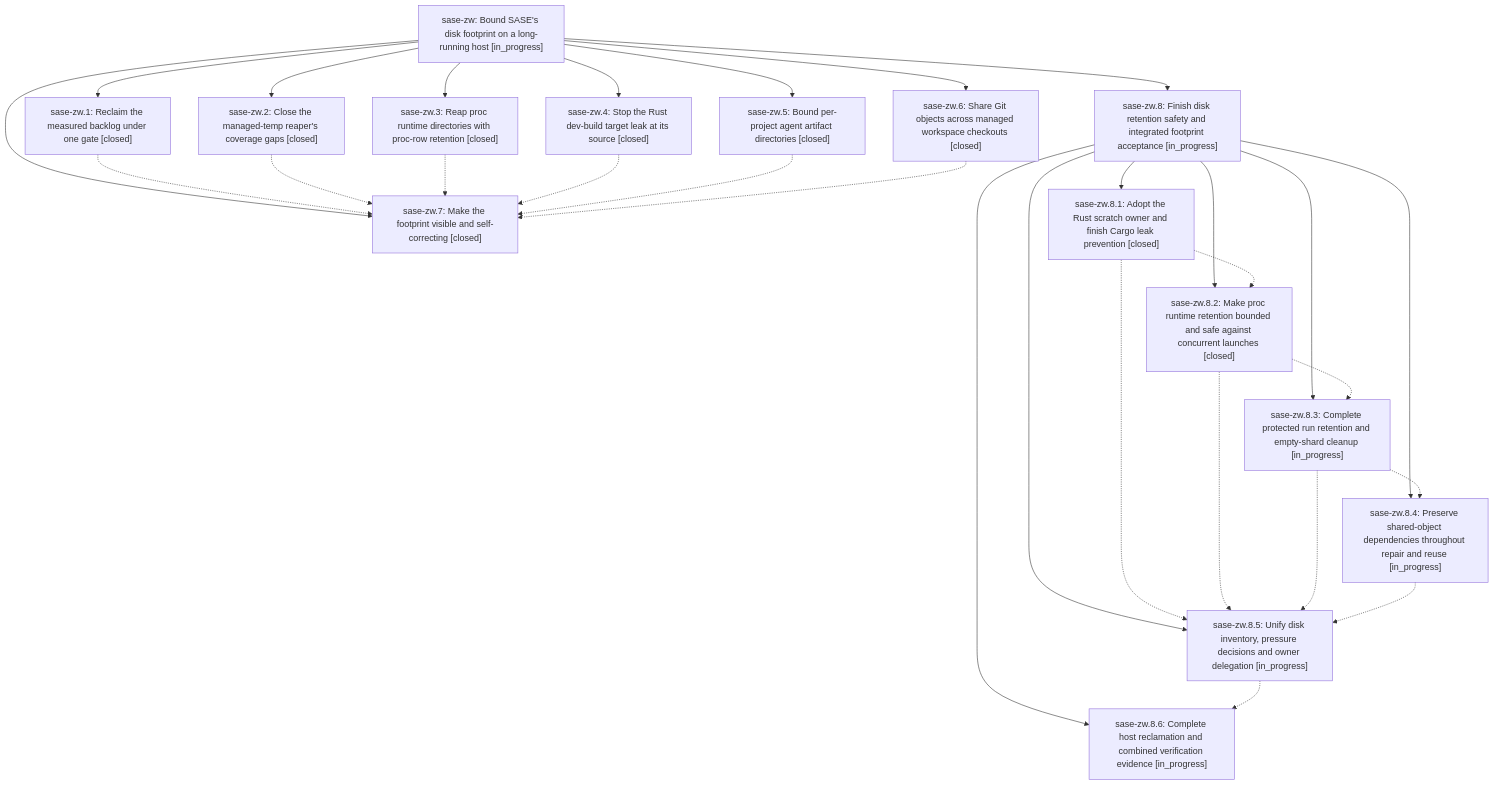
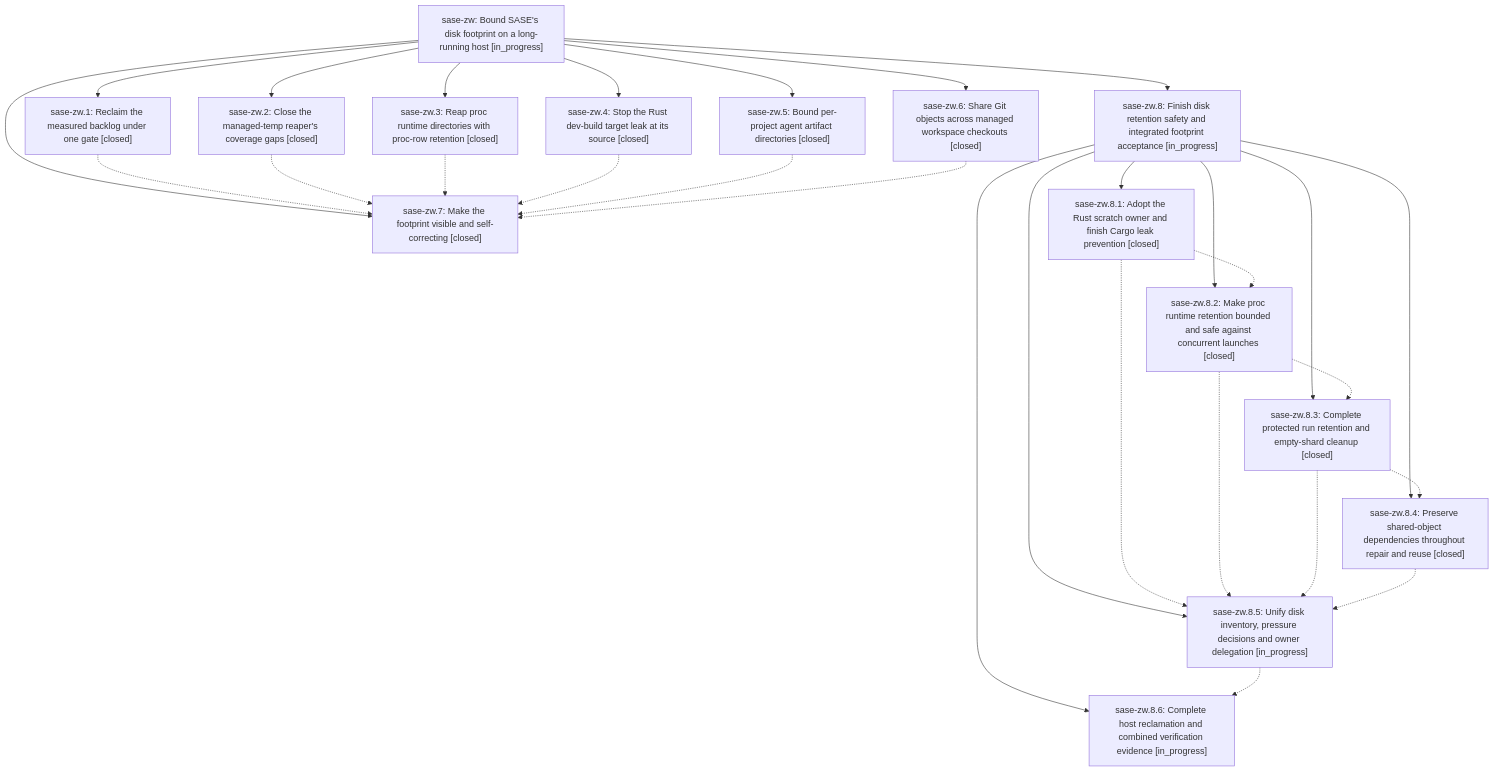
One commit to sase-org/sase--beads changed the diagram in pages/sase-zw/README.md. Above: the diagram before and after it, drawn with Mermaid. The commit also changed other lines of this file and 4 other files, not shown here.

````diff
--- a/pages/sase-zw/README.md
+++ b/pages/sase-zw/README.md
@@ -50,46 +50,46 @@
 ```mermaid
 flowchart TD
     n0["sase-zw: Bound SASE's disk footprint on a long-running host [in_progress]"]
     n1["sase-zw.1: Reclaim the measured backlog under one gate [closed]"]
     n2["sase-zw.2: Close the managed-temp reaper's coverage gaps [closed]"]
     n3["sase-zw.3: Reap proc runtime directories with proc-row retention [closed]"]
     n4["sase-zw.4: Stop the Rust dev-build target leak at its source [closed]"]
     n5["sase-zw.5: Bound per-project agent artifact directories [closed]"]
     n6["sase-zw.6: Share Git objects across managed workspace checkouts [closed]"]
     n7["sase-zw.7: Make the footprint visible and self-correcting [closed]"]
     n8["sase-zw.8: Finish disk retention safety and integrated footprint acceptance [in_progress]"]
     n9["sase-zw.8.1: Adopt the Rust scratch owner and finish Cargo leak prevention [closed]"]
     n10["sase-zw.8.2: Make proc runtime retention bounded and safe against concurrent launches [closed]"]
-    n11["sase-zw.8.3: Complete protected run retention and empty-shard cleanup [in_progress]"]
-    n12["sase-zw.8.4: Preserve shared-object dependencies throughout repair and reuse [in_progress]"]
+    n11["sase-zw.8.3: Complete protected run retention and empty-shard cleanup [closed]"]
+    n12["sase-zw.8.4: Preserve shared-object dependencies throughout repair and reuse [closed]"]
     n13["sase-zw.8.5: Unify disk inventory, pressure decisions and owner delegation [in_progress]"]
     n14["sase-zw.8.6: Complete host reclamation and combined verification evidence [in_progress]"]
     n0 --> n1
     n0 --> n2
     n0 --> n3
     n0 --> n4
     n0 --> n5
     n0 --> n6
     n0 --> n7
     n0 --> n8
     n8 --> n9
     n8 --> n10
     n8 --> n11
     n8 --> n12
     n8 --> n13
     n8 --> n14
     n1 -.-> n7
     n2 -.-> n7
     n3 -.-> n7
     n4 -.-> n7
     n5 -.-> n7
     n6 -.-> n7
     n9 -.-> n10
     n9 -.-> n13
     n10 -.-> n11
     n10 -.-> n13
     n11 -.-> n12
     n11 -.-> n13
     n12 -.-> n13
     n13 -.-> n14
 ```
````
